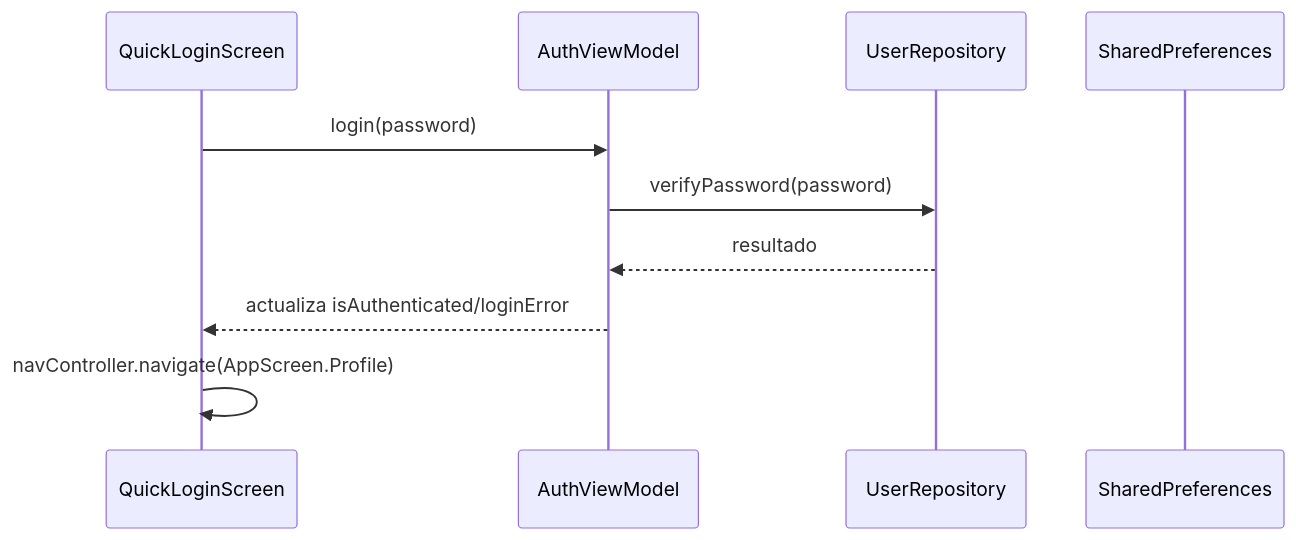
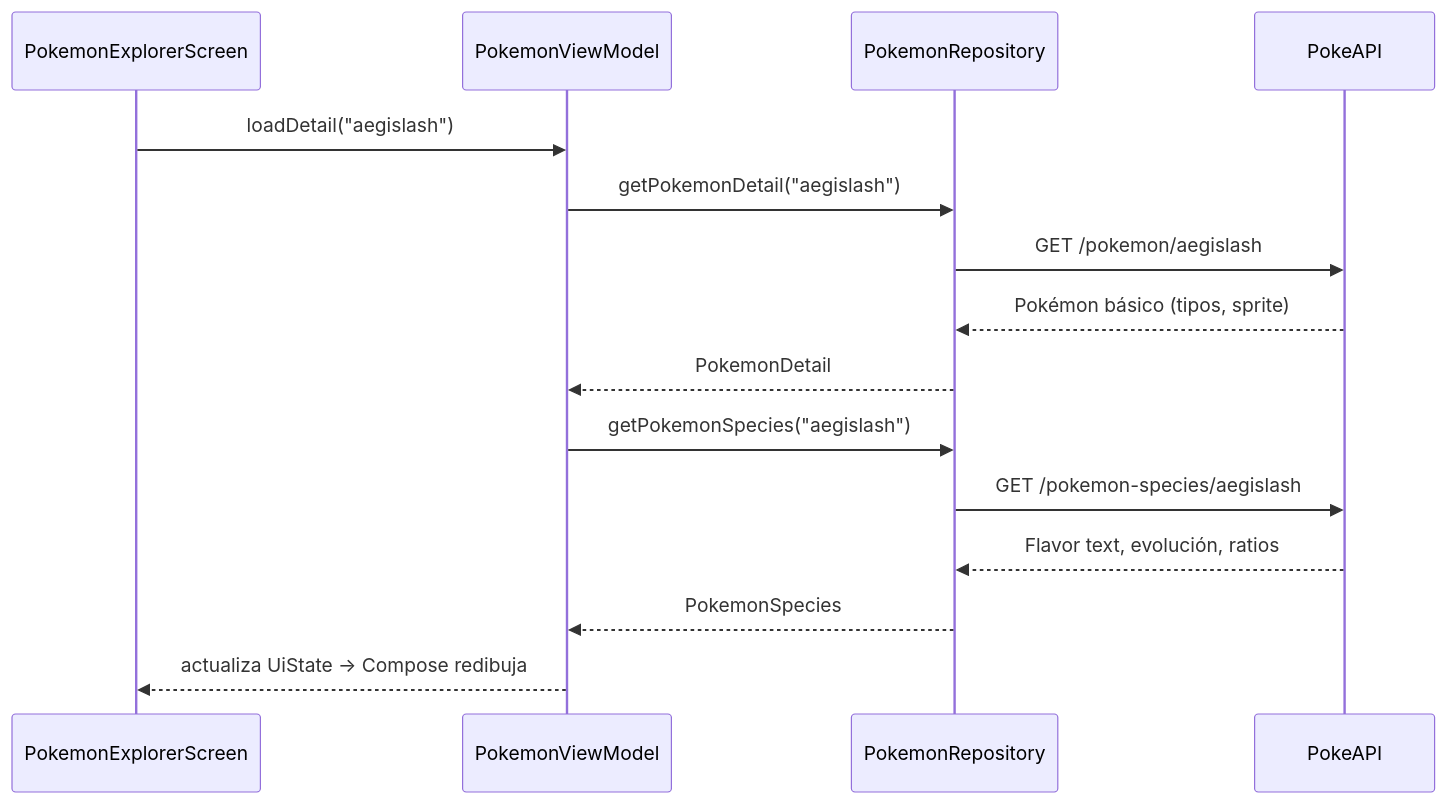
The diagram in README.md (spuentesp/duoc-App), drawn with Mermaid before and after one commit. The commit also changed other lines of this file, not shown here.

Commit message:
Update README.md: refine project overview, clarify architecture, and enhance documentation structure

````diff
--- a/README.md
+++ b/README.md
@@ -48,13 +51,18 @@
 ```mermaid
 sequenceDiagram
-    participant V as QuickLoginScreen
-    participant VM as AuthViewModel
-    participant R as UserRepository
-    participant SP as SharedPreferences
+    participant UI as PokemonExplorerScreen
+    participant VM as PokemonViewModel
+    participant RE as PokemonRepository
+    participant API as PokeAPI
 
-    V->>VM: login(password)
-    VM->>R: verifyPassword(password)
-    R-->>VM: resultado
-    VM-->>V: actualiza isAuthenticated/loginError
-    V->>V: navController.navigate(AppScreen.Profile)
+    UI->>VM: loadDetail("aegislash")
+    VM->>RE: getPokemonDetail("aegislash")
+    RE->>API: GET /pokemon/aegislash
+    API-->>RE: Pokémon básico (tipos, sprite)
+    RE-->>VM: PokemonDetail
+    VM->>RE: getPokemonSpecies("aegislash")
+    RE->>API: GET /pokemon-species/aegislash
+    API-->>RE: Flavor text, evolución, ratios
+    RE-->>VM: PokemonSpecies
+    VM-->>UI: actualiza UiState → Compose redibuja
 ```
````
